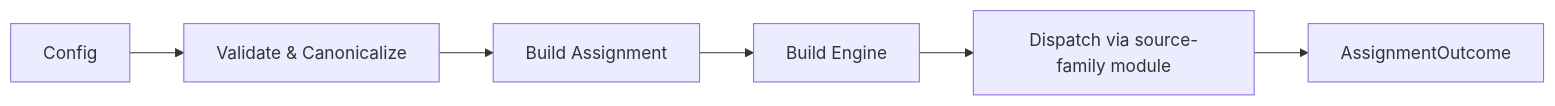
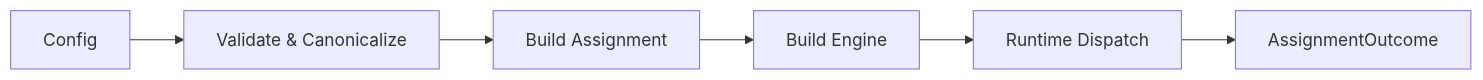
One commit to ahrav/gossip-rs-learning-guide changed the diagram in 13-scanner-runtime-and-worker/01-runtime-architecture.md. Above: the diagram before and after it, drawn with Mermaid. The commit also changed other lines of this file and 30 other files, not shown here.

````diff
--- a/13-scanner-runtime-and-worker/01-runtime-architecture.md
+++ b/13-scanner-runtime-and-worker/01-runtime-architecture.md
@@ -15,8 +15,8 @@
 ```mermaid
 flowchart LR
     A[Config] --> B[Validate & Canonicalize]
     B --> C[Build Assignment]
     C --> D[Build Engine]
-    D --> E[Dispatch via source-family module]
+    D --> E[Runtime Dispatch]
     E --> F[AssignmentOutcome]
 ```
````
